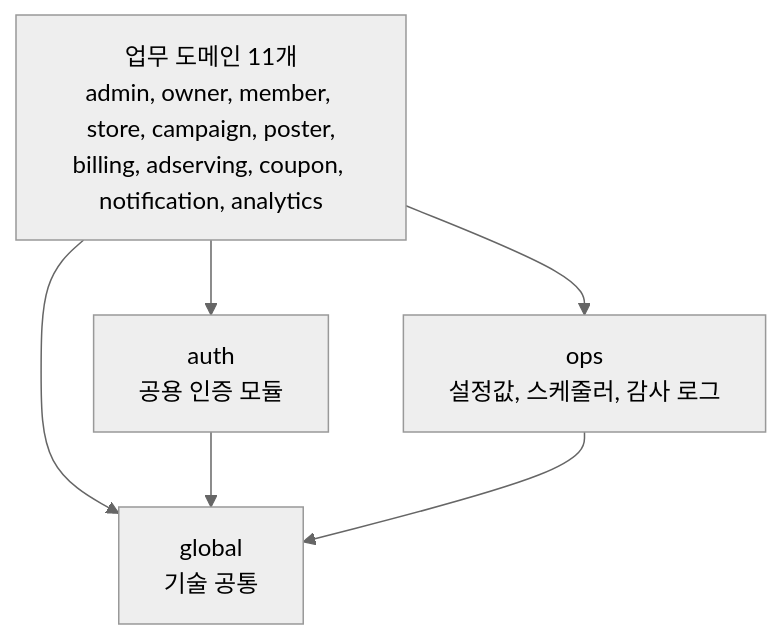
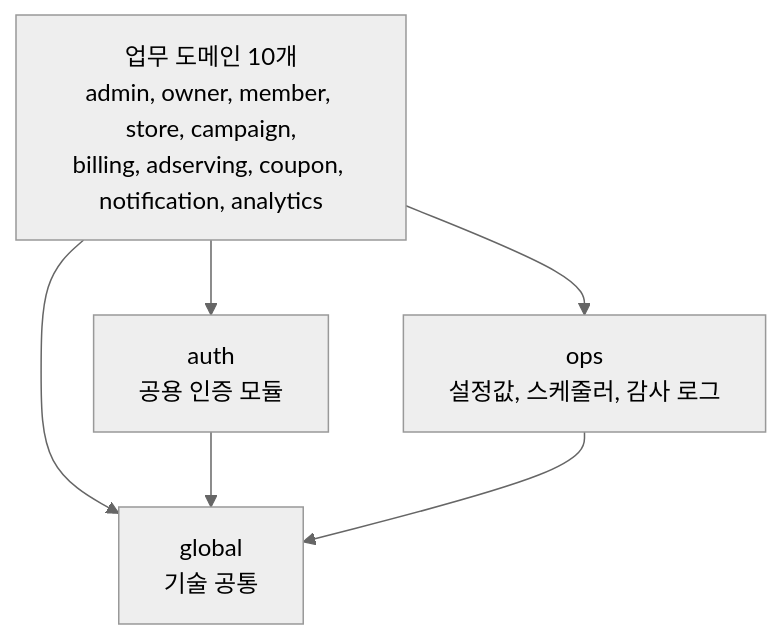
One commit to lunch-catch/lc-backend changed the first of 2 diagrams in docs/architecture/런치캐치_도메인_구조와_의존성_설계.md. Above: the diagram before and after it, drawn with Mermaid (neutral theme). The commit also changed other lines of this file and 3 other files, not shown here.

````diff
--- a/docs/architecture/런치캐치_도메인_구조와_의존성_설계.md
+++ b/docs/architecture/런치캐치_도메인_구조와_의존성_설계.md
@@ -17,13 +17,13 @@
 ```mermaid
 flowchart TB
-  L3["업무 도메인 11개<br/>admin, owner, member, store, campaign, poster,<br/>billing, adserving, coupon, notification, analytics"]
+  L3["업무 도메인 10개<br/>admin, owner, member, store, campaign,<br/>billing, adserving, coupon, notification, analytics"]
   AUTH["auth<br/>공용 인증 모듈"]
   OPS["ops<br/>설정값, 스케줄러, 감사 로그"]
   GLB["global<br/>기술 공통"]
 
   L3 --> AUTH
   L3 --> OPS
   L3 --> GLB
   AUTH --> GLB
   OPS --> GLB
 ```
````
